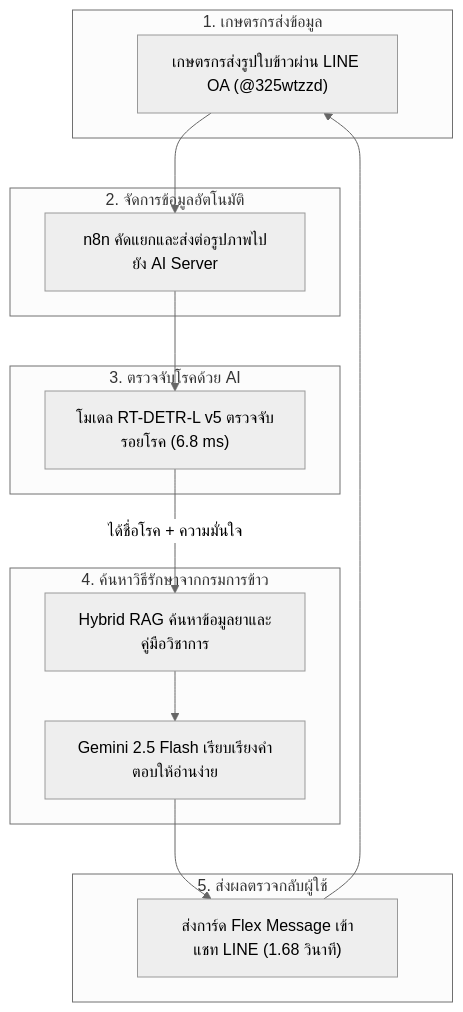
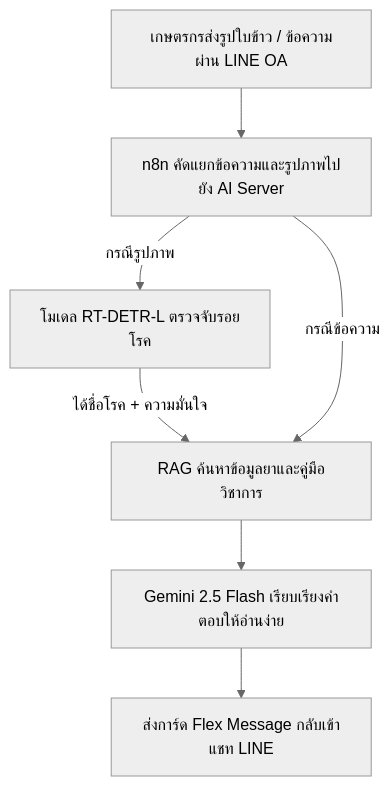
Before and after one commit to atsawinkz/atsawin-songleksing: the diagram in docs/thesis/presentation_slides_deck.md, drawn with Mermaid (neutral theme). The commit also changed other lines of this file, not shown here.

````diff
--- a/docs/thesis/presentation_slides_deck.md
+++ b/docs/thesis/presentation_slides_deck.md
@@ -70,30 +84,9 @@
 ```mermaid
 flowchart TD
-    subgraph S1 ["1. เกษตรกรส่งข้อมูล"]
-        USER["เกษตรกรส่งรูปใบข้าวผ่าน LINE OA (@325wtzzd)"]
-    end
-
-    subgraph S2 ["2. จัดการข้อมูลอัตโนมัติ"]
-        N8N["n8n คัดแยกและส่งต่อรูปภาพไปยัง AI Server"]
-    end
-
-    subgraph S3 ["3. ตรวจจับโรคด้วย AI"]
-        RTDETR["โมเดล RT-DETR-L v5 ตรวจจับรอยโรค (6.8 ms)"]
-    end
-
-    subgraph S4 ["4. ค้นหาวิธีรักษาจากกรมการข้าว"]
-        RAG["Hybrid RAG ค้นหาข้อมูลยาและคู่มือวิชาการ"]
-        GEMINI["Gemini 2.5 Flash เรียบเรียงคำตอบให้อ่านง่าย"]
-        RAG --> GEMINI
-    end
-
-    subgraph S5 ["5. ส่งผลตรวจกลับผู้ใช้"]
-        FLEX["ส่งการ์ด Flex Message เข้าแชท LINE (1.68 วินาที)"]
-    end
-
-    USER --> N8N
-    N8N --> RTDETR
-    RTDETR -->|"ได้ชื่อโรค + ความมั่นใจ"| RAG
-    GEMINI --> FLEX
-    FLEX --> USER
+    A["เกษตรกรส่งรูปใบข้าว / ข้อความผ่าน LINE OA"] --> B["n8n คัดแยกข้อความและรูปภาพไปยัง AI Server"]
+    B -->|"กรณีรูปภาพ"| C["โมเดล RT-DETR-L ตรวจจับรอยโรค"]
+    C -->|"ได้ชื่อโรค + ความมั่นใจ"| D["RAG ค้นหาข้อมูลยาและคู่มือวิชาการ"]
+    B -->|"กรณีข้อความ"| D
+    D --> E["Gemini 2.5 Flash เรียบเรียงคำตอบให้อ่านง่าย"]
+    E --> F["ส่งการ์ด Flex Message กลับเข้าแชท LINE"]
 ```
````
